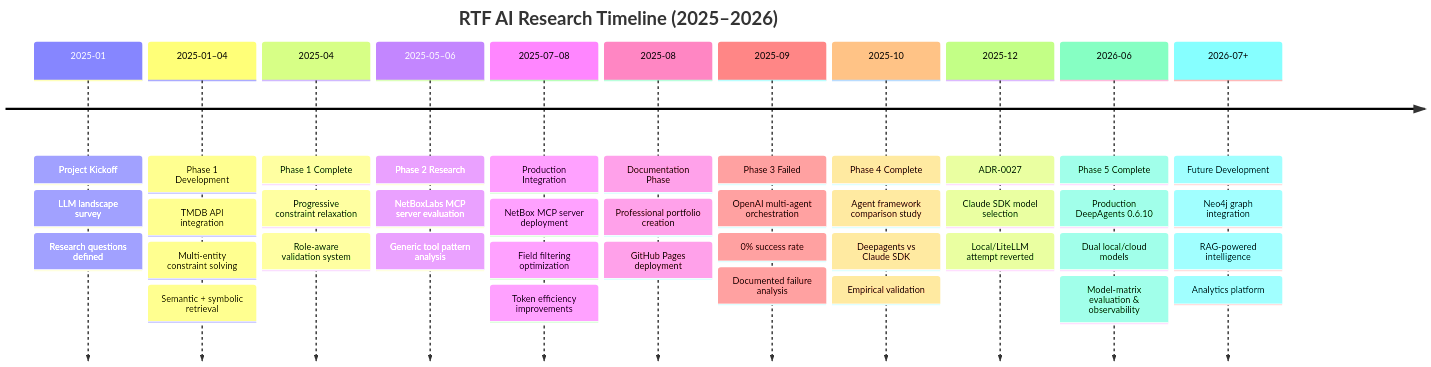
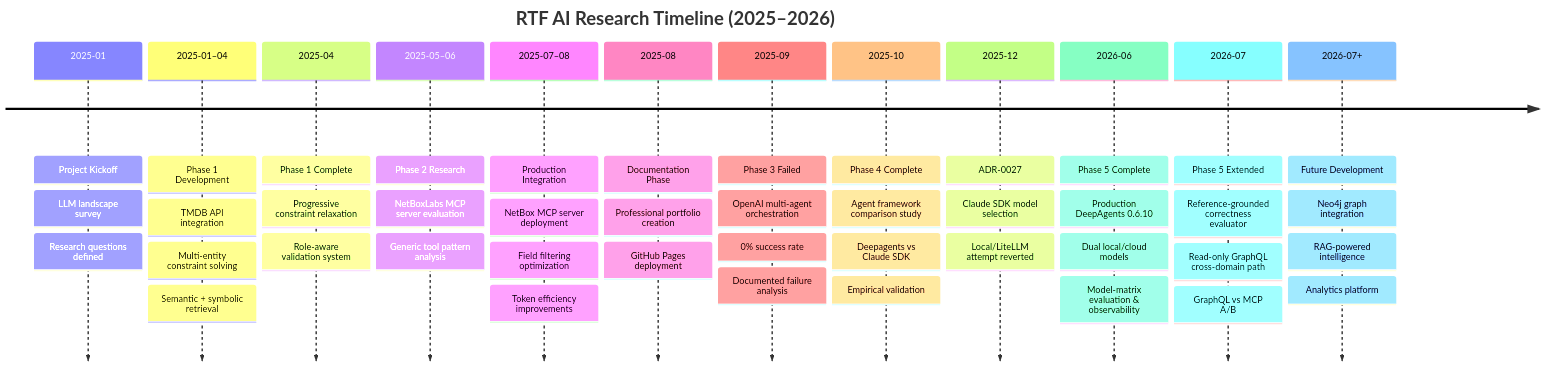
Before and after one commit to FinnMacCumail/rtf-research: the first of 2 diagrams in docs/index.md, drawn with Mermaid. The commit also changed other lines of this file and 11 other files, not shown here.

First line of the commit message:
docs: extend Phase 5 — reference-grounded correctness evaluator & read-only GraphQL

````diff
--- a/docs/index.md
+++ b/docs/index.md
@@ -33,15 +34,16 @@
 ```mermaid
 timeline
     title RTF AI Research Timeline (2025–2026)
     2025-01 : Project Kickoff : LLM landscape survey : Research questions defined
     2025-01–04 : Phase 1 Development : TMDB API integration : Multi-entity constraint solving : Semantic + symbolic retrieval
     2025-04 : Phase 1 Complete : Progressive constraint relaxation : Role-aware validation system
     2025-05–06 : Phase 2 Research : NetBoxLabs MCP server evaluation : Generic tool pattern analysis
     2025-07–08 : Production Integration : NetBox MCP server deployment : Field filtering optimization : Token efficiency improvements
     2025-08 : Documentation Phase : Professional portfolio creation : GitHub Pages deployment
     2025-09 : Phase 3 Failed : OpenAI multi-agent orchestration : 0% success rate : Documented failure analysis
     2025-10 : Phase 4 Complete : Agent framework comparison study : Deepagents vs Claude SDK : Empirical validation
     2025-12 : ADR-0027 : Claude SDK model selection : Local/LiteLLM attempt reverted
     2026-06 : Phase 5 Complete : Production DeepAgents 0.6.10 : Dual local/cloud models : Model-matrix evaluation & observability
+    2026-07 : Phase 5 Extended : Reference-grounded correctness evaluator : Read-only GraphQL cross-domain path : GraphQL vs MCP A/B
     2026-07+ : Future Development : Neo4j graph integration : RAG-powered intelligence : Analytics platform
 ```
````
